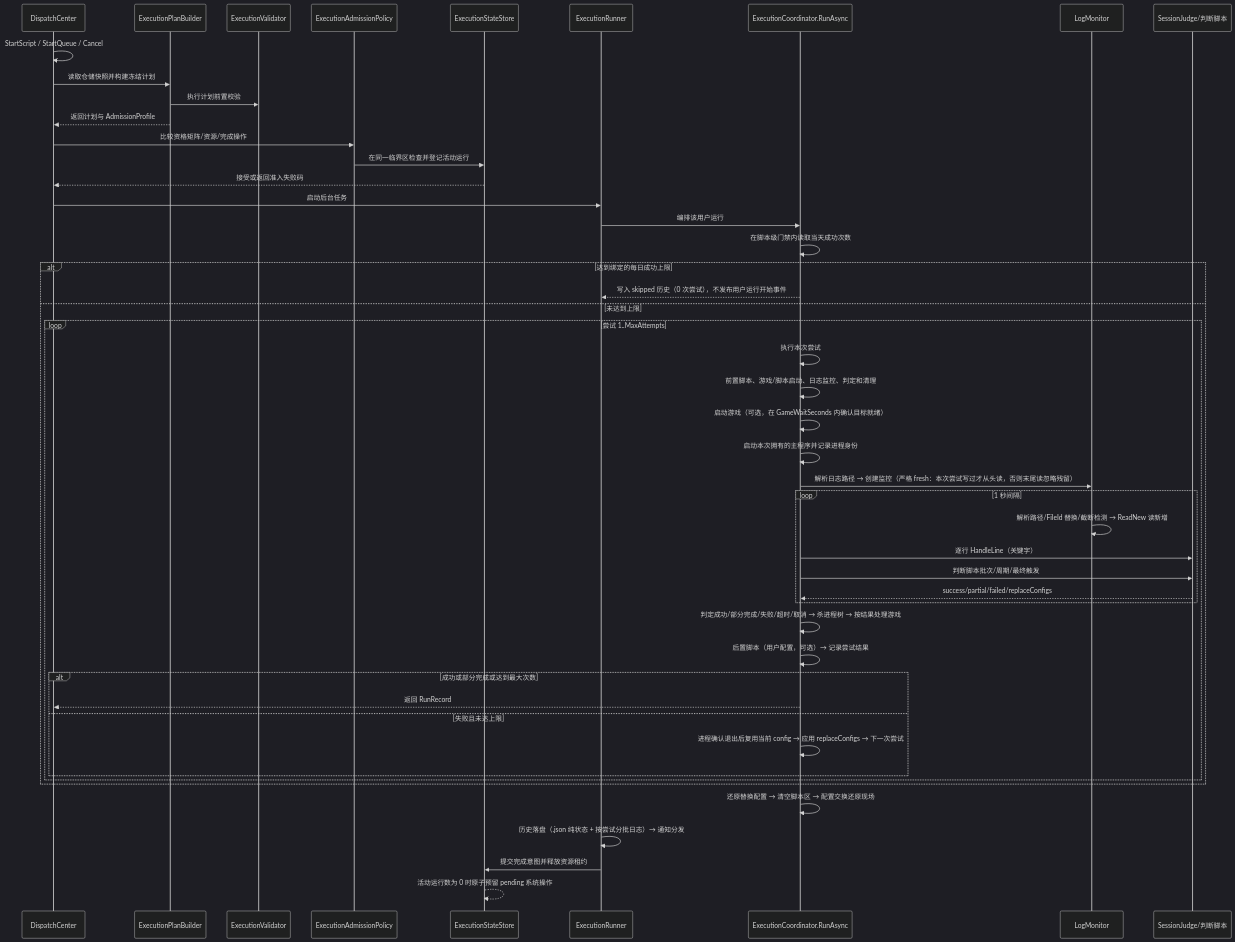
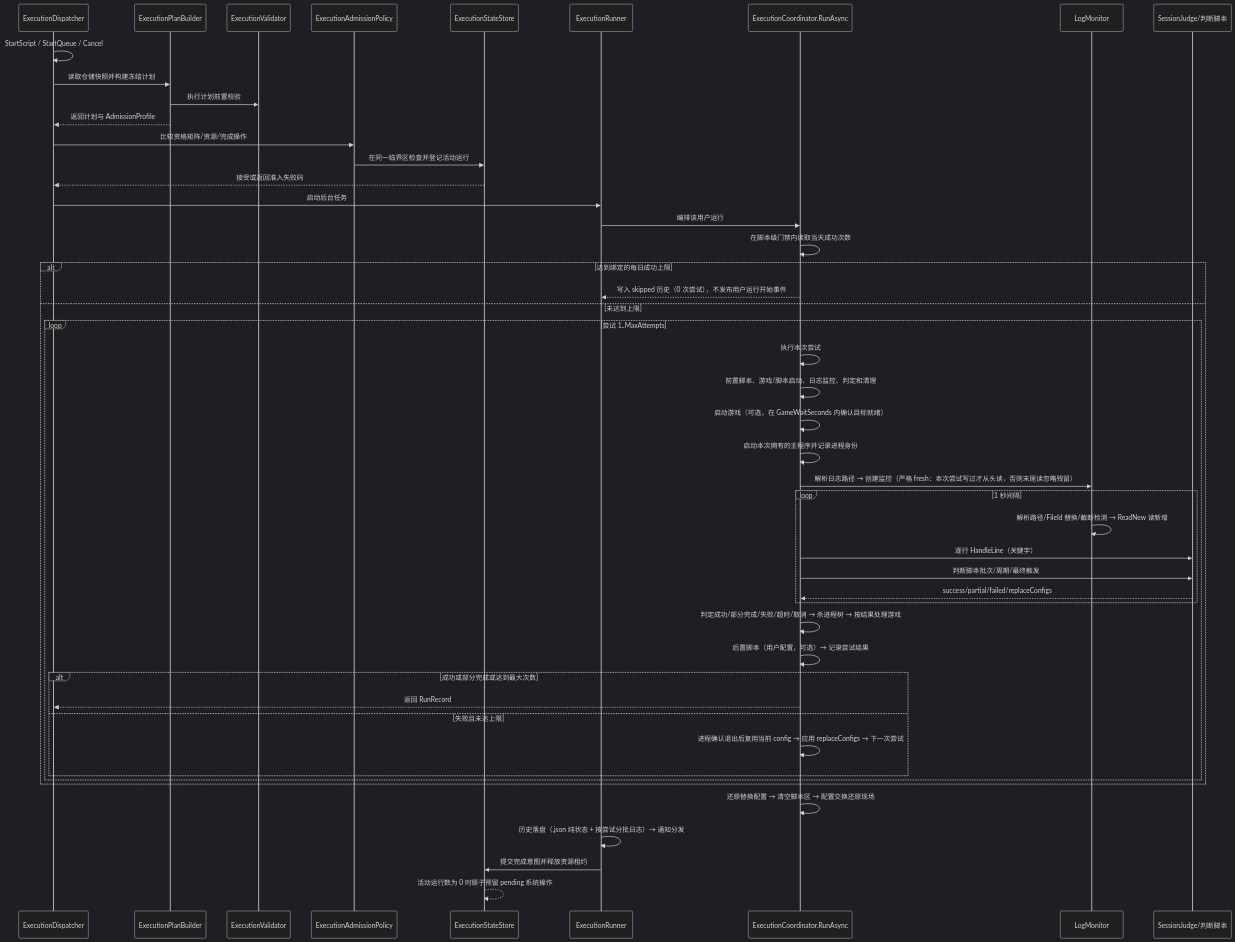
One commit to FlappiBakuse/NexusPipeline changed the diagram in docs/architecture/execution.md. Above: the diagram before and after it, drawn with Mermaid (dark theme). The commit also changed other lines of this file and 238 other files, not shown here.

````diff
--- a/docs/architecture/execution.md
+++ b/docs/architecture/execution.md
@@ -35,51 +13,51 @@
 ```mermaid
 sequenceDiagram
-    participant DC as DispatchCenter
+    participant DC as ExecutionDispatcher
     participant P as ExecutionPlanBuilder
     participant V as ExecutionValidator
     participant Q as ExecutionAdmissionPolicy
     participant E as ExecutionStateStore
     participant R as ExecutionRunner
     participant S as ExecutionCoordinator.RunAsync
     participant M as LogMonitor
     participant J as SessionJudge/判断脚本
 
     DC->>DC: StartScript / StartQueue / Cancel
     DC->>P: 读取仓储快照并构建冻结计划
     P->>V: 执行计划前置校验
     P-->>DC: 返回计划与 AdmissionProfile
     DC->>Q: 比较资格矩阵/资源/完成操作
     Q->>E: 在同一临界区检查并登记活动运行
     E-->>DC: 接受或返回准入失败码
     DC->>R: 启动后台任务
     R->>S: 编排该用户运行
     S->>S: 在脚本级门禁内读取当天成功次数
     alt 达到绑定的每日成功上限
         S-->>R: 写入 skipped 历史（0 次尝试），不发布用户运行开始事件
     else 未达到上限
     loop 尝试 1..MaxAttempts
         S->>S: 执行本次尝试
         S->>S: 前置脚本、游戏/脚本启动、日志监控、判定和清理
         S->>S: 启动游戏（可选，在 GameWaitSeconds 内确认目标就绪）
         S->>S: 启动本次拥有的主程序并记录进程身份
         S->>M: 解析日志路径 → 创建监控（严格 fresh：本次尝试写过才从头读，否则末尾读忽略残留）
         loop 1 秒间隔
             M->>M: 解析路径/FileId 替换/截断检测 → ReadNew 读新增
             S->>J: 逐行 HandleLine（关键字）
             S->>J: 判断脚本批次/周期/最终触发
             J-->>S: success/partial/failed/replaceConfigs
         end
         S->>S: 判定成功/部分完成/失败/超时/取消 → 杀进程树 → 按结果处理游戏
         S->>S: 后置脚本（用户配置，可选）→ 记录尝试结果
         alt 成功或部分完成或达到最大次数
             S-->>DC: 返回 RunRecord
         else 失败且未达上限
             S->>S: 进程确认退出后复用当前 config → 应用 replaceConfigs → 下一次尝试
         end
     end
     end
     S->>S: 还原替换配置 → 清空脚本区 → 配置交换还原现场
     R->>R: 历史落盘（.json 纯状态 + 按尝试分批日志）→ 通知分发
     R->>E: 提交完成意图并释放资源租约
     E-->>E: 活动运行数为 0 时原子预留 pending 系统操作
 ```
````
